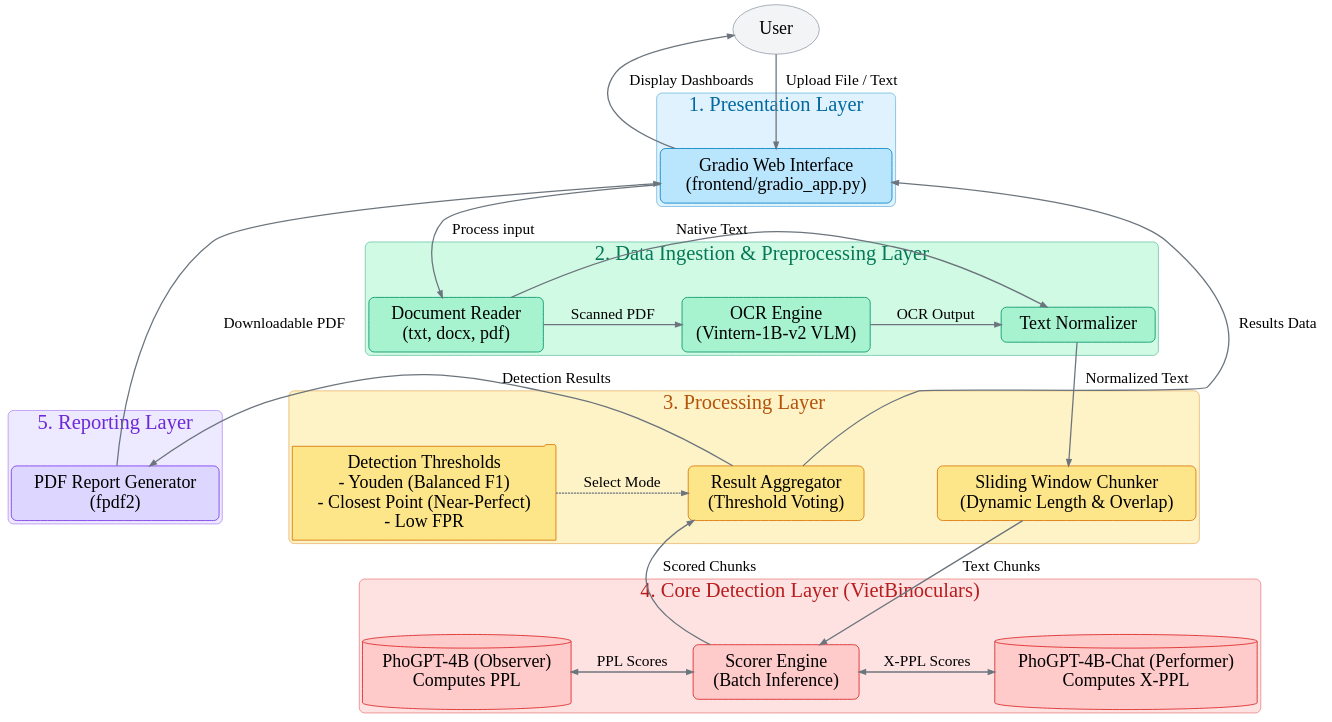
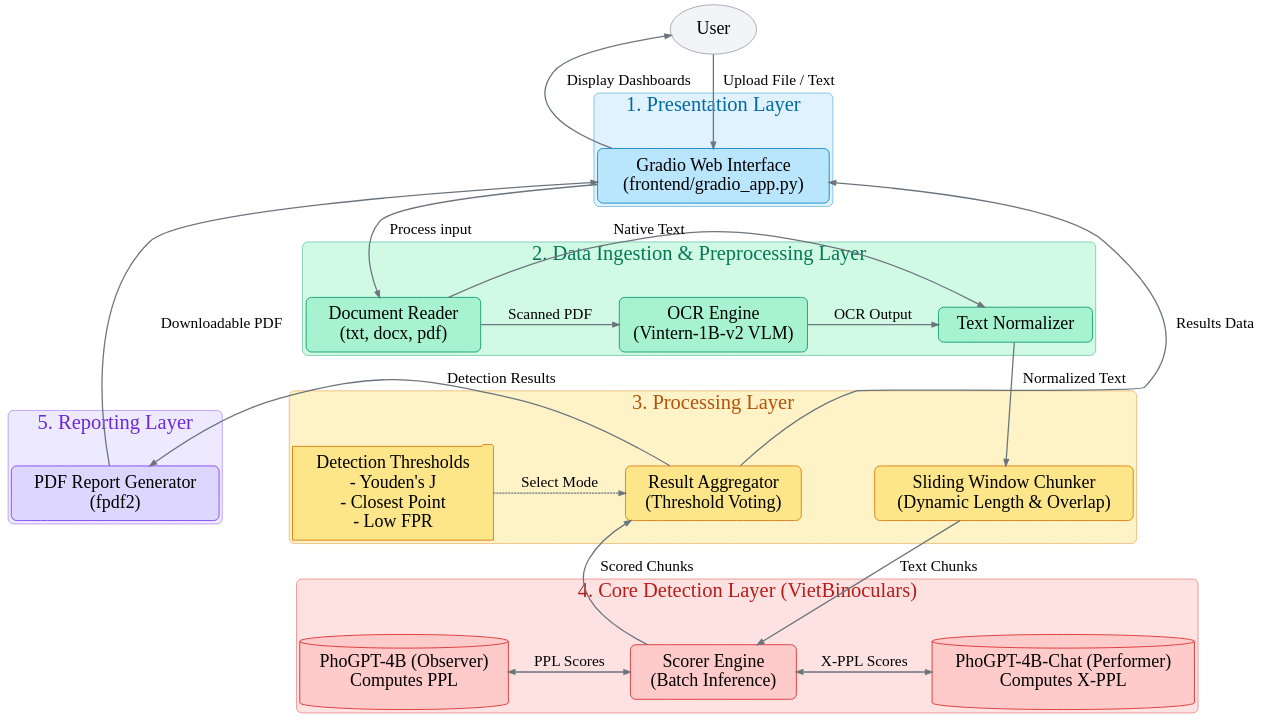
One commit to trieuntu/VietAIDetector changed the diagram in diagram/architecture.dot. Above: the diagram before and after it, drawn with Graphviz. The commit also changed 11 other files, not shown here.

```diff
--- a/diagram/architecture.dot
+++ b/diagram/architecture.dot
@@ -1,140 +1,140 @@
 digraph VietAIDetectorArchitecture {
     fontname="CMU Serif";
     node [fontname="CMU Serif", shape=box, style="rounded,filled", fillcolor="#f8f9fa", color="#ced4da", penwidth=2, fontsize=42, margin="0.35,0.25"];
     edge [fontname="CMU Serif", color="#6c757d", penwidth=3.0, arrowsize=1.5, fontsize=36];
     rankdir=TB;
     newrank=true;
     splines=spline;
     nodesep=1.2;
     ranksep=1.2;
 
     // Title
     labelloc="t";
     //label="VietAIDetector System Architecture";
     fontsize=66;
     fontweight=bold;
 
     // Moved from below to claim the far-left column
     subgraph cluster_report {
         label = "5. Reporting Layer";
         style = "rounded,filled";
         fillcolor = "#ede9fe";
         color = "#7c3aed";
         fontcolor = "#6d28d9";
         fontsize = 48;
 
         PDFGen [label="PDF Report Generator\n(fpdf2)", fillcolor="#ddd6fe", color="#7c3aed"];
     }
 
     subgraph cluster_frontend {
         label = "1. Presentation Layer";
         style = "rounded,filled";
         fillcolor = "#e0f2fe";
         color = "#0284c7";
         fontcolor = "#0369a1";
         fontsize = 48;
         
         UI [label="Gradio Web Interface\n(frontend/gradio_app.py)", fillcolor="#bae6fd", color="#0284c7"];
     }
 
     subgraph cluster_preproc {
         label = "2. Data Ingestion & Preprocessing Layer";
         style = "rounded,filled";
         fillcolor = "#d1fae5";
         color = "#059669";
         fontcolor = "#047857";
         fontsize = 48;
 
         DocReader [label="Document Reader\n(txt, docx, pdf)", fillcolor="#a7f3d0", color="#059669"];
         OCR [label="OCR Engine\n(Vintern-1B-v2 VLM)", fillcolor="#a7f3d0", color="#059669"];
         Normalizer [label="Text Normalizer", fillcolor="#a7f3d0", color="#059669"];
         
         {rank=same; DocReader; OCR; Normalizer;}
         // Invisible edges to enforce left-to-right ordering within rank
         DocReader -> OCR -> Normalizer [style=invis, weight=100];
     }
 
 
     subgraph cluster_processing {
         label = "3. Processing Layer";
         style = "rounded,filled";
         fillcolor = "#fef3c7";
         color = "#d97706";
         fontcolor = "#b45309";
         fontsize = 48;
 
         Chunker [label="Sliding Window Chunker\n(Dynamic Length & Overlap)", fillcolor="#fde68a", color="#d97706"];
         
-        Thresholds [label="Detection Thresholds\n- Youden (Balanced F1)\n- Closest Point (Near-Perfect)\n- Low FPR", shape=folder, fillcolor="#fde68a", color="#d97706"];
+        Thresholds [label="Detection Thresholds\n- Youden's J\n- Closest Point\n- Low FPR", shape=folder, fillcolor="#fde68a", color="#d97706"];
         
         Aggregator [label="Result Aggregator\n(Threshold Voting)", fillcolor="#fde68a", color="#d97706"];
         
         {rank=same; Thresholds; Aggregator; Chunker;}
         // Enforce order: Thresholds (Left), Aggregator (Center), Chunker (Right)
         Thresholds -> Aggregator -> Chunker [style=invis, weight=100];
     }
 
     subgraph cluster_core {
         label = "4. Core Detection Layer (VietBinoculars)";
         style = "rounded,filled";
         fillcolor = "#fee2e2";
         color = "#dc2626";
         fontcolor = "#b91c1c";
         fontsize = 48;
 
         PhoGPTBase [label="PhoGPT-4B (Observer)\nComputes PPL", fillcolor="#fecaca", color="#dc2626", shape=cylinder];
         Scorer [label="Scorer Engine\n(Batch Inference)", fillcolor="#fecaca", color="#dc2626"];
         PhoGPTChat [label="PhoGPT-4B-Chat (Performer)\nComputes X-PPL", fillcolor="#fecaca", color="#dc2626", shape=cylinder];
 
         {rank=same; PhoGPTBase; Scorer; PhoGPTChat;}
         // Invisible edges to enforce left-to-right ordering within rank
         PhoGPTBase -> Scorer -> PhoGPTChat [style=invis, weight=10];
     }
 
 
     // External User
     User [label="User", shape=ellipse, style=filled, fillcolor="#f3f4f6", color="#9ca3af"];
 
     // INVISIBLE SPINES FOR PERFECT 3x3 GRID ALIGNMENT
     
     // Center Spine (Main Axis)
     UI -> OCR -> Aggregator -> Scorer [style=invis, weight=1000];
     
     // Left Spine
     DocReader -> Thresholds -> PhoGPTBase [style=invis, weight=100];
     
     // Right Spine
     Normalizer -> Chunker -> PhoGPTChat [style=invis, weight=100];
 
     // Align Layer 5 (PDFGen) horizontally with Layer 3 (Left side)
     {rank=same; PDFGen; Thresholds;}
     PDFGen -> Thresholds [style=invis, weight=100];
 
     // DATA FLOW EDGES (Forward - constraint=true but low weight)
     edge [style=solid, weight=1, constraint=true];
     User -> UI [label=" Upload File / Text "];
     
     UI -> DocReader [label=" Process input                              "];
     DocReader -> OCR [label=" Scanned PDF "];
     DocReader -> Normalizer [label=" Native Text "];
     OCR -> Normalizer [label=" OCR Output "];
 
     Normalizer -> Chunker [label=" Normalized Text ", weight=100];
     Chunker -> Scorer [label=" Text Chunks"];
     
     Scorer -> PhoGPTBase [dir=both, label=" PPL Scores "];
     Scorer -> PhoGPTChat [dir=both, label=" X-PPL Scores "];
     
     Scorer -> Aggregator [label=" Scored Chunks "];
     Thresholds -> Aggregator [label=" Select Mode ", style=dashed, constraint=false];
     
     Aggregator -> PDFGen [label="Detection Results", constraint=false];
     
     // DATA FLOW EDGES (Backward - constraint=false)
     edge [style=solid, constraint=false, weight=0];
     Aggregator -> UI [label=" Results Data "];
     //PDFGen -> UI [label=" Downloadable PDF ", constraint=false, weight=100];
     UI -> User [label=" Display Dashboards "];
     //PDFGen -> UI [taillabel=" Downloadable PDF ", labeldistance=36.0, labelangle=-7];
     PDFGen -> UI [label=" Downloadable PDF "]
 }
```
